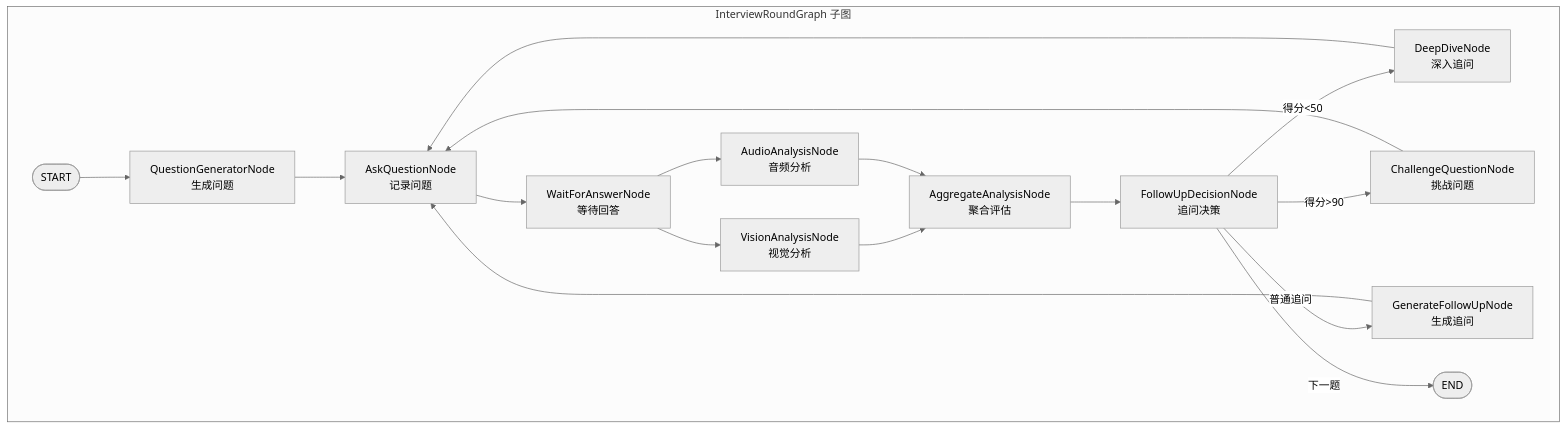
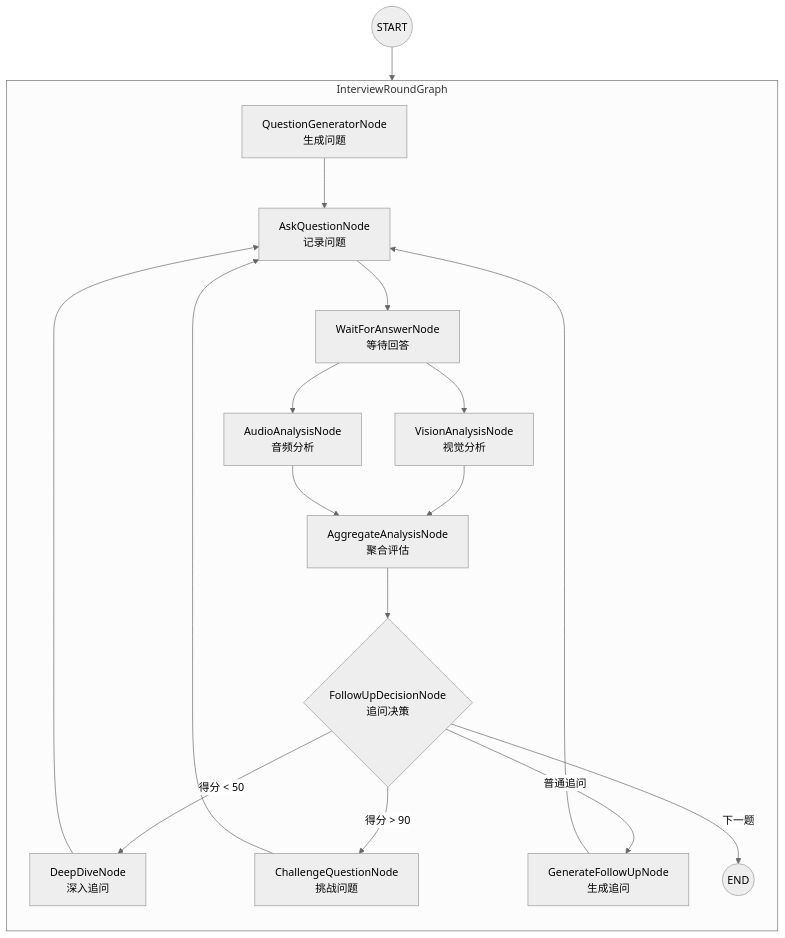
The second of 2 diagrams in README.md (zunff/interview-agent), drawn with Mermaid (neutral theme) before and after one commit. The commit also changed other lines of this file, not shown here.

First line of the commit message:
docs: 更新 README，架构图改为纵向布局并移除具体模型名

````diff
--- a/README.md
+++ b/README.md
@@ -52,25 +59,30 @@
 ```mermaid
-graph TB
-    subgraph SubGraph["InterviewRoundGraph 子图"]
-        SUB_START([START]) --> GEN[QuestionGeneratorNode<br/>生成问题]
-        GEN --> ASK[AskQuestionNode<br/>记录问题]
+graph TD
+    SUB_START((START))
+
+    subgraph 子图["InterviewRoundGraph"]
+        direction TD
+        GEN[QuestionGeneratorNode<br/>生成问题] --> ASK[AskQuestionNode<br/>记录问题]
+
         ASK --> WAIT[WaitForAnswerNode<br/>等待回答]
-        
+
         WAIT --> VISION[VisionAnalysisNode<br/>视觉分析]
         WAIT --> AUDIO[AudioAnalysisNode<br/>音频分析]
-        
+
         VISION --> AGG[AggregateAnalysisNode<br/>聚合评估]
         AUDIO --> AGG
-        
-        AGG --> DECISION[FollowUpDecisionNode<br/>追问决策]
-        
-        DECISION -->|得分<50| DEEP[DeepDiveNode<br/>深入追问]
-        DECISION -->|得分>90| CHALLENGE[ChallengeQuestionNode<br/>挑战问题]
+
+        AGG --> DECISION{FollowUpDecisionNode<br/>追问决策}
+
+        DECISION -->|得分 < 50| DEEP[DeepDiveNode<br/>深入追问]
+        DECISION -->|得分 > 90| CHALLENGE[ChallengeQuestionNode<br/>挑战问题]
         DECISION -->|普通追问| FOLLOW[GenerateFollowUpNode<br/>生成追问]
-        DECISION -->|下一题| SUB_END([END])
-        
+        DECISION -->|下一题| SUB_END((END))
+
         DEEP --> ASK
         CHALLENGE --> ASK
         FOLLOW --> ASK
     end
+
+    SUB_START --> GEN
 ```
````
